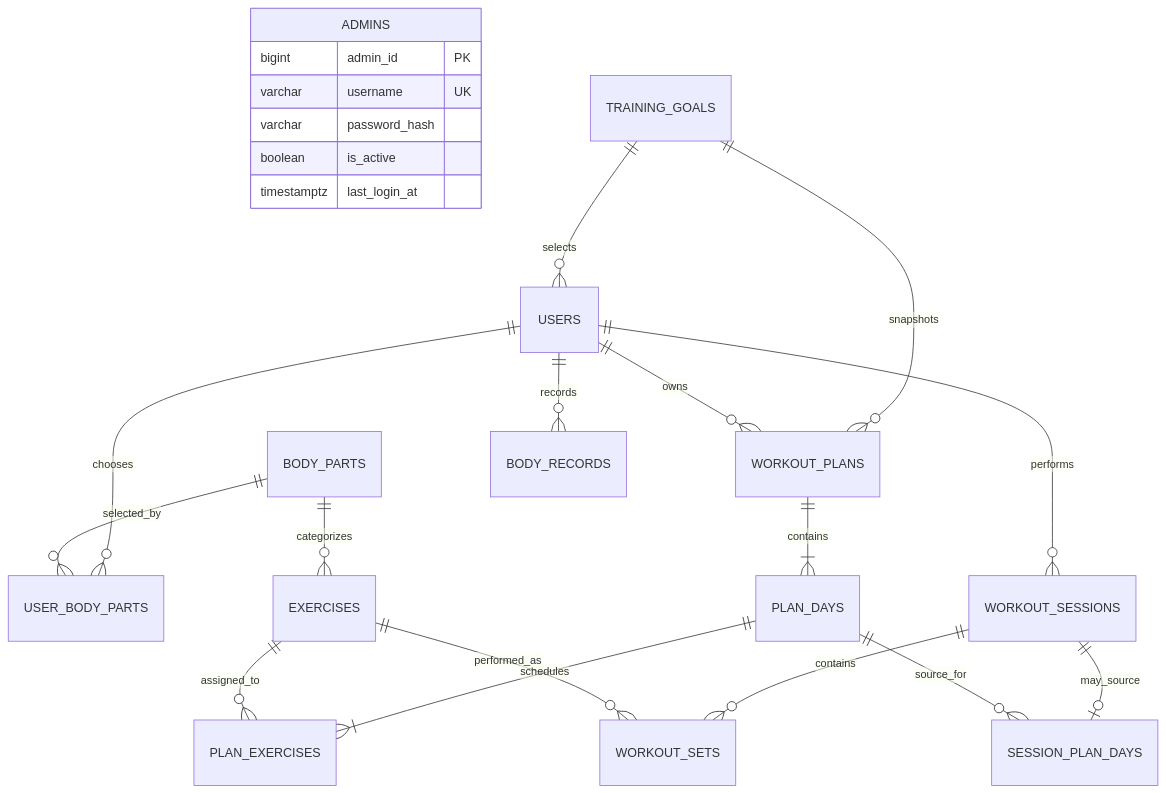
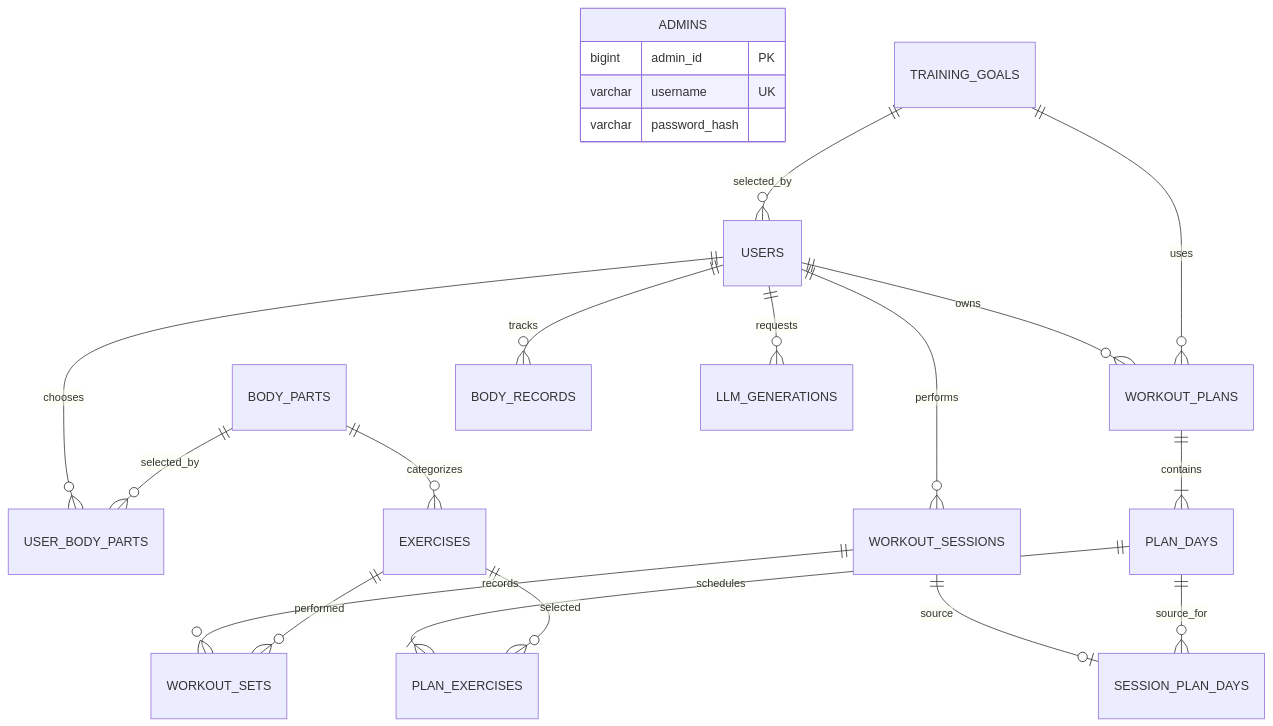
One commit to Loisekoy/- changed the second of 4 diagrams in README.md. Above: the diagram before and after it, drawn with Mermaid. The commit also changed other lines of this file and 39 other files, not shown here.

Commit message:
Refactor fitness planner with LLM flow and workout mode

````diff
--- a/README.md
+++ b/README.md
@@ -64,25 +70,24 @@
 ```mermaid
 erDiagram
     ADMINS {
         bigint admin_id PK
         varchar username UK
         varchar password_hash
-        boolean is_active
-        timestamptz last_login_at
     }
-    TRAINING_GOALS ||--o{ USERS : selects
-    TRAINING_GOALS ||--o{ WORKOUT_PLANS : snapshots
+    TRAINING_GOALS ||--o{ USERS : selected_by
     USERS ||--o{ USER_BODY_PARTS : chooses
     BODY_PARTS ||--o{ USER_BODY_PARTS : selected_by
     BODY_PARTS ||--o{ EXERCISES : categorizes
     USERS ||--o{ WORKOUT_PLANS : owns
+    TRAINING_GOALS ||--o{ WORKOUT_PLANS : uses
     WORKOUT_PLANS ||--|{ PLAN_DAYS : contains
     PLAN_DAYS ||--|{ PLAN_EXERCISES : schedules
-    EXERCISES ||--o{ PLAN_EXERCISES : assigned_to
+    EXERCISES ||--o{ PLAN_EXERCISES : selected
     USERS ||--o{ WORKOUT_SESSIONS : performs
-    WORKOUT_SESSIONS ||--o| SESSION_PLAN_DAYS : may_source
+    WORKOUT_SESSIONS ||--o| SESSION_PLAN_DAYS : source
     PLAN_DAYS ||--o{ SESSION_PLAN_DAYS : source_for
-    WORKOUT_SESSIONS ||--o{ WORKOUT_SETS : contains
-    EXERCISES ||--o{ WORKOUT_SETS : performed_as
-    USERS ||--o{ BODY_RECORDS : records
+    WORKOUT_SESSIONS ||--o{ WORKOUT_SETS : records
+    EXERCISES ||--o{ WORKOUT_SETS : performed
+    USERS ||--o{ BODY_RECORDS : tracks
+    USERS ||--o{ LLM_GENERATIONS : requests
 ```
````
